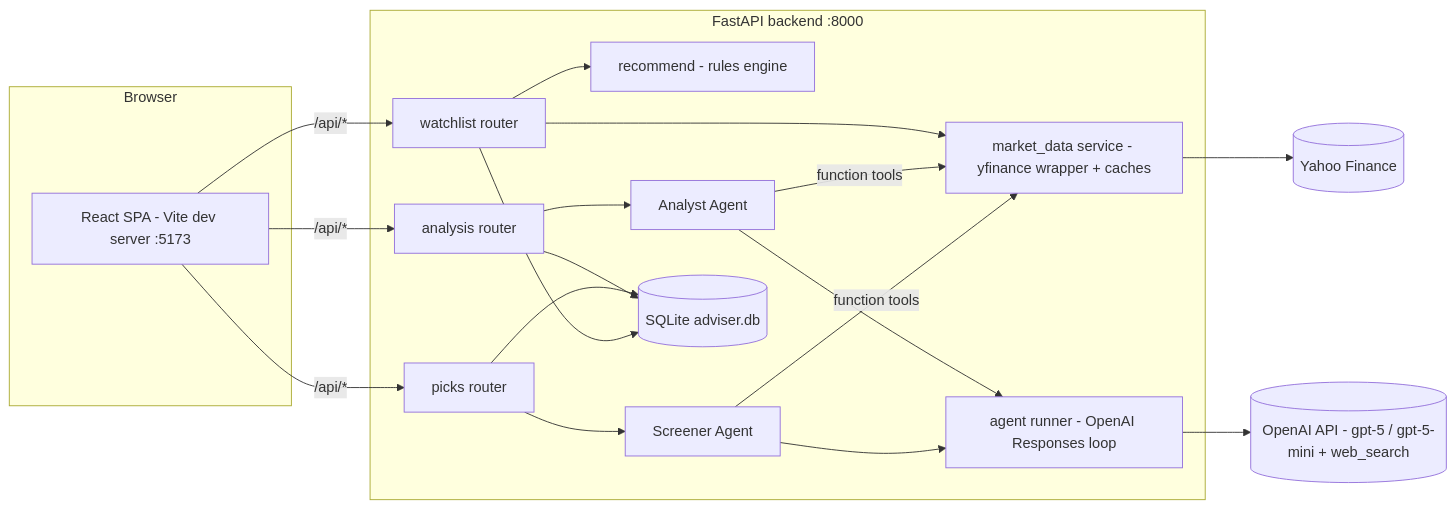
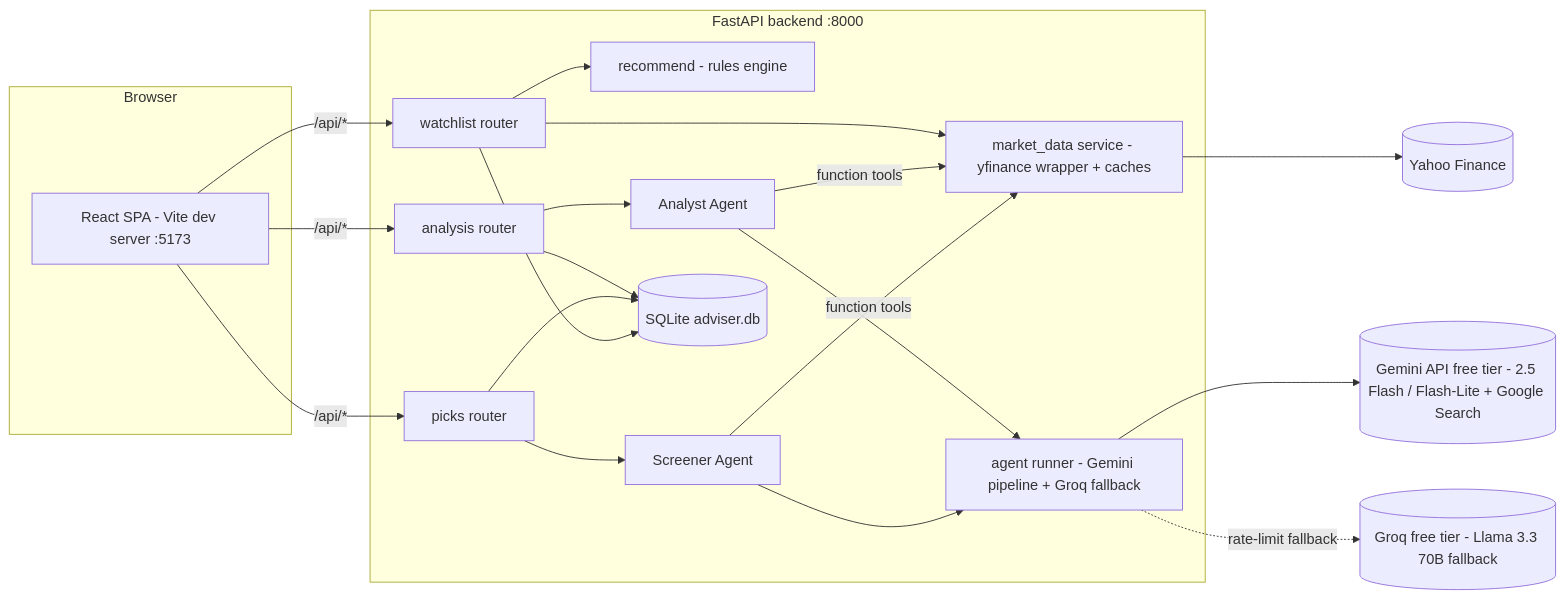
The first of 4 diagrams in DESIGN.md (deepaknegi16/investment_adviser), drawn with Mermaid before and after one commit. The commit also changed other lines of this file and 10 other files, not shown here.

First line of the commit message:
Switch AI layer to free Gemini stack with Groq fallback

````diff
--- a/DESIGN.md
+++ b/DESIGN.md
@@ -11,27 +11,29 @@
 ```mermaid
 flowchart LR
     subgraph Browser
         UI[React SPA - Vite dev server :5173]
     end
     subgraph Backend [FastAPI backend :8000]
         WR[watchlist router]
         AR[analysis router]
         PR[picks router]
         MD[market_data service - yfinance wrapper + caches]
         RE[recommend - rules engine]
         AG1[Analyst Agent]
         AG2[Screener Agent]
-        RUN[agent runner - OpenAI Responses loop]
+        RUN[agent runner - Gemini pipeline + Groq fallback]
         DB[(SQLite adviser.db)]
     end
     Y[(Yahoo Finance)]
-    O[(OpenAI API - gpt-5 / gpt-5-mini + web_search)]
+    O[(Gemini API free tier - 2.5 Flash / Flash-Lite + Google Search)]
+    G[(Groq free tier - Llama 3.3 70B fallback)]
 
     UI -- "/api/*" --> WR & AR & PR
     WR --> MD --> Y
     WR --> RE
     AR --> AG1 --> RUN --> O
+    RUN -. rate-limit fallback .-> G
     PR --> AG2 --> RUN
     AG1 & AG2 -- function tools --> MD
     AR & PR & WR --> DB
 ```
````
